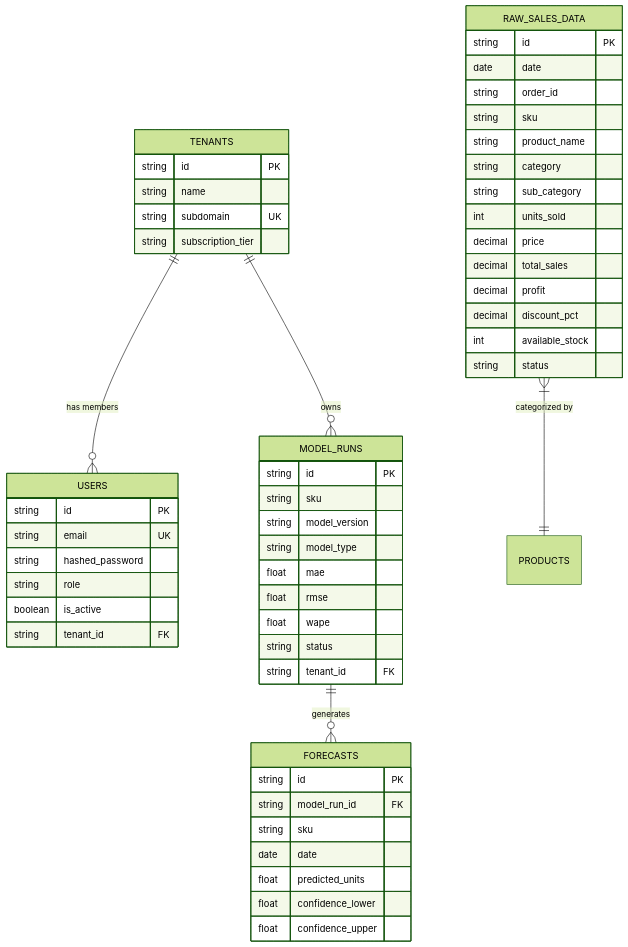
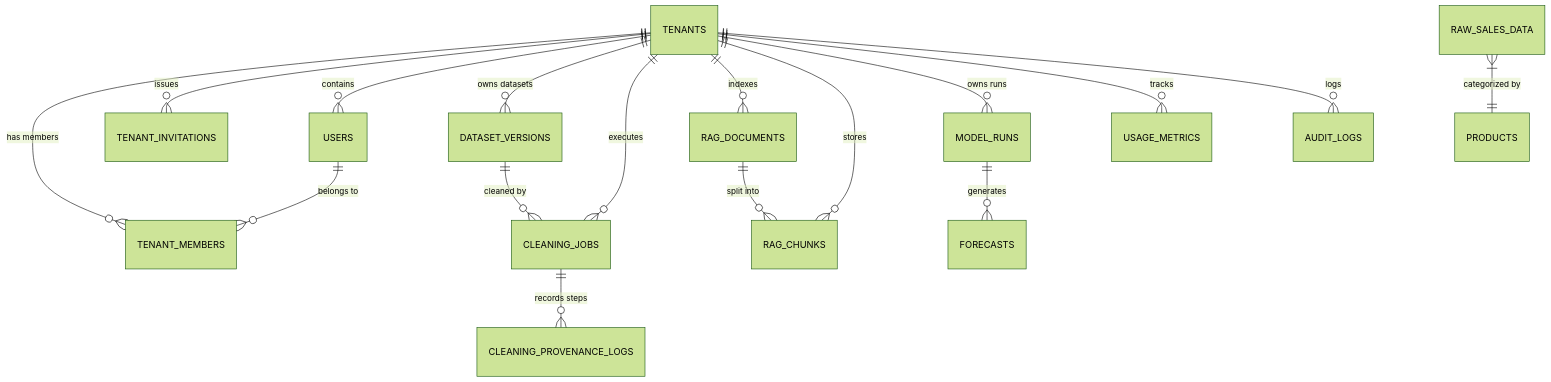
The diagram in docs/DATABASE.md (mohamedemaan/AI-Powered-Sales-Intelligence-Forecasting-Platform), drawn with Mermaid (forest theme) before and after one commit. The commit also changed other lines of this file and 45 other files, not shown here.

Commit message:
feat(release-v3.0): integrate RAG Knowledge Assistant, Data Cleaning Studio, multi-format exports, and v3.0 docs

````diff
--- a/docs/DATABASE.md
+++ b/docs/DATABASE.md
@@ -24,62 +24,20 @@
 ```mermaid
 erDiagram
-    TENANTS ||--o{ USERS : "has members"
-    TENANTS ||--o{ MODEL_RUNS : "owns"
+    TENANTS ||--o{ TENANT_MEMBERS : "has members"
+    TENANTS ||--o{ TENANT_INVITATIONS : "issues"
+    TENANTS ||--o{ USERS : "contains"
+    TENANTS ||--o{ DATASET_VERSIONS : "owns datasets"
+    TENANTS ||--o{ CLEANING_JOBS : "executes"
+    TENANTS ||--o{ RAG_DOCUMENTS : "indexes"
+    TENANTS ||--o{ RAG_CHUNKS : "stores"
+    TENANTS ||--o{ MODEL_RUNS : "owns runs"
+    TENANTS ||--o{ USAGE_METRICS : "tracks"
+    TENANTS ||--o{ AUDIT_LOGS : "logs"
+    
+    USERS ||--o{ TENANT_MEMBERS : "belongs to"
+    DATASET_VERSIONS ||--o{ CLEANING_JOBS : "cleaned by"
+    CLEANING_JOBS ||--o{ CLEANING_PROVENANCE_LOGS : "records steps"
+    RAG_DOCUMENTS ||--o{ RAG_CHUNKS : "split into"
+    MODEL_RUNS ||--o{ FORECASTS : "generates"
     RAW_SALES_DATA }|--|| PRODUCTS : "categorized by"
-    MODEL_RUNS ||--o{ FORECASTS : "generates"
-
-    RAW_SALES_DATA {
-        string id PK
-        date date
-        string order_id
-        string sku
-        string product_name
-        string category
-        string sub_category
-        int units_sold
-        decimal price
-        decimal total_sales
-        decimal profit
-        decimal discount_pct
-        int available_stock
-        string status
-    }
-
-    USERS {
-        string id PK
-        string email UK
-        string hashed_password
-        string role
-        boolean is_active
-        string tenant_id FK
-    }
-
-    TENANTS {
-        string id PK
-        string name
-        string subdomain UK
-        string subscription_tier
-    }
-
-    MODEL_RUNS {
-        string id PK
-        string sku
-        string model_version
-        string model_type
-        float mae
-        float rmse
-        float wape
-        string status
-        string tenant_id FK
-    }
-
-    FORECASTS {
-        string id PK
-        string model_run_id FK
-        string sku
-        date date
-        float predicted_units
-        float confidence_lower
-        float confidence_upper
-    }
 ```
````
